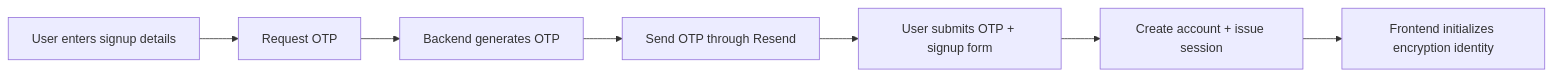
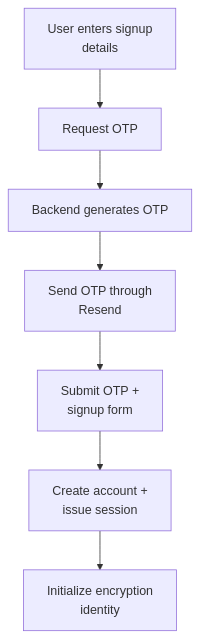
One commit to 009-KumarJi/NoviConnect changed the third of 11 diagrams in README.md. Above: the diagram before and after it, drawn with Mermaid. The commit also changed other lines of this file, not shown here.

Commit message:
feat: enhance README with updated flowcharts for authentication, OTP signup, secure messaging, and attachment processes

````diff
--- a/README.md
+++ b/README.md
@@ -338,9 +343,12 @@
 ```mermaid
-flowchart LR
-    A[User enters signup details] --> B[Request OTP]
-    B --> C[Backend generates OTP]
-    C --> D[Send OTP through Resend]
-    D --> E[User submits OTP + signup form]
-    E --> F[Create account + issue session]
-    F --> G[Frontend initializes encryption identity]
+flowchart TB
+    A[User enters signup<br/>details]
+    B[Request OTP]
+    C[Backend generates OTP]
+    D[Send OTP through<br/>Resend]
+    E[Submit OTP +<br/>signup form]
+    F[Create account +<br/>issue session]
+    G[Initialize encryption<br/>identity]
+
+    A --> B --> C --> D --> E --> F --> G
 ```
````
